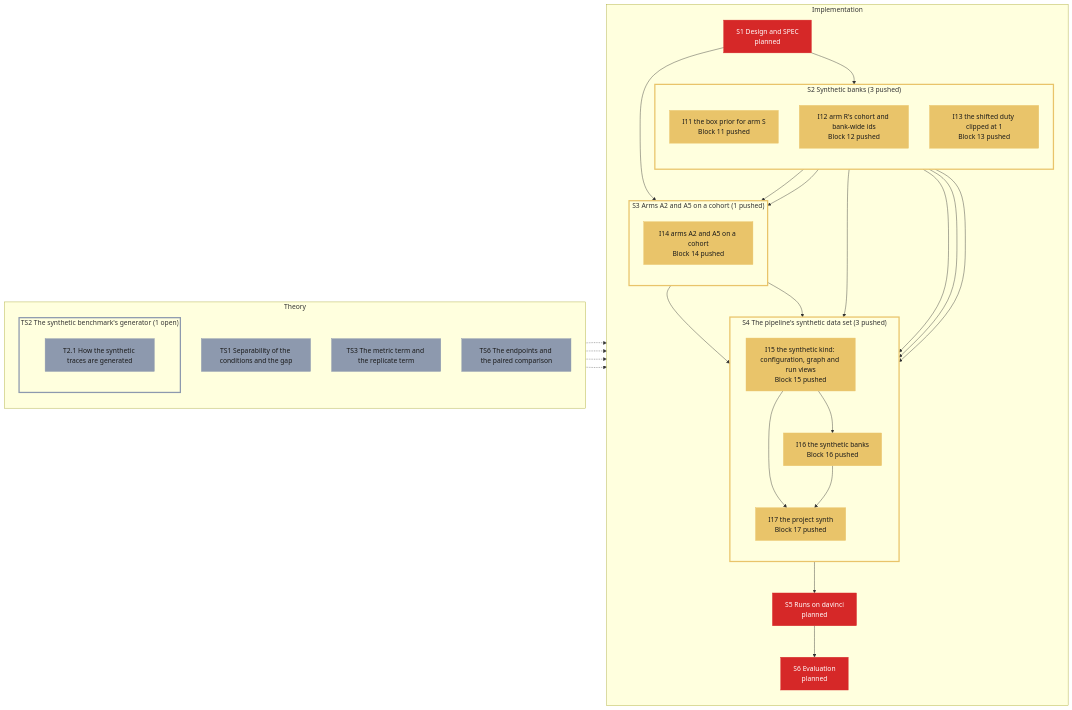
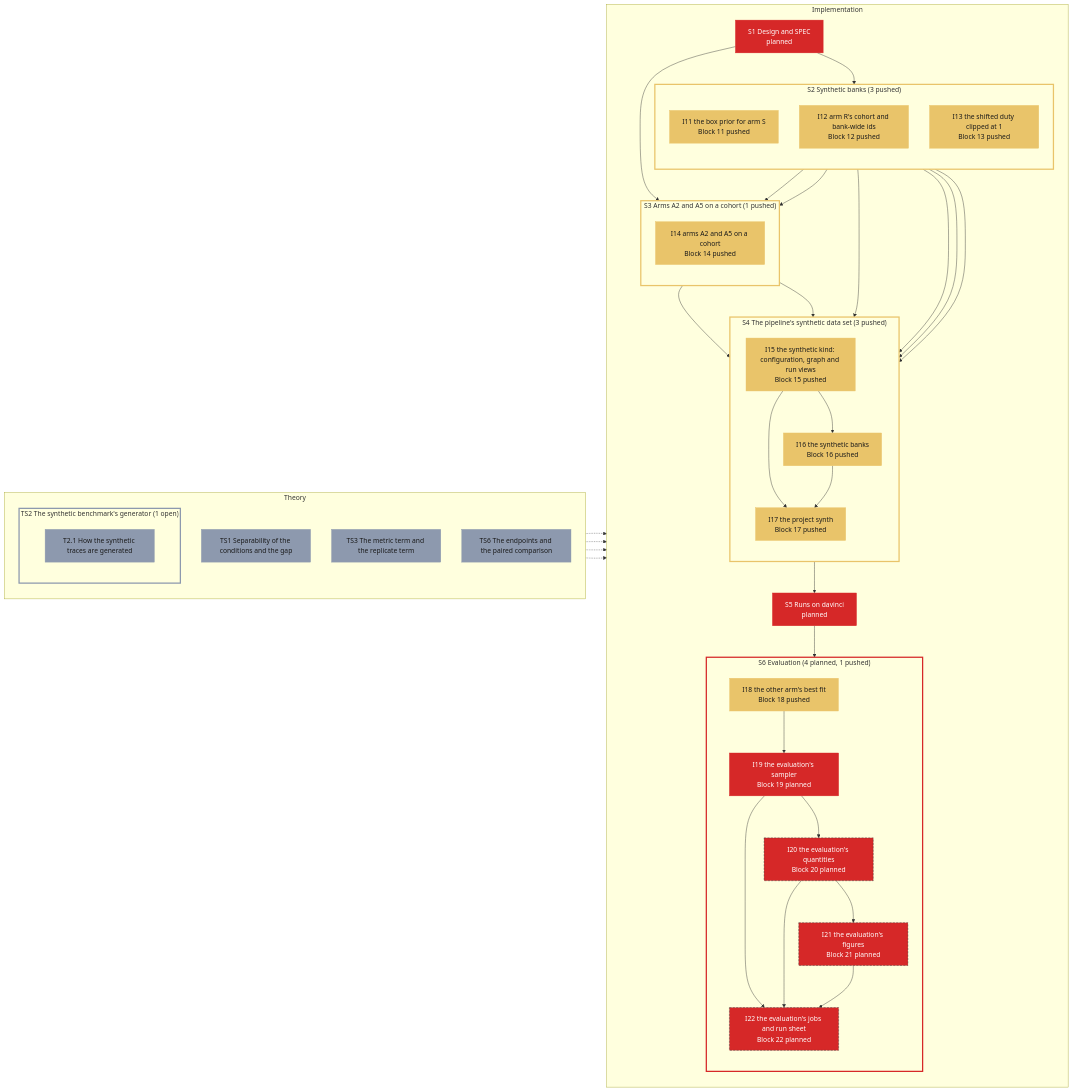
The diagram in specs/roadmap/synth.md (Leonardodm00/Simulation-Based-Inference), drawn with Mermaid before and after one commit. The commit also changed other lines of this file and 1 other file, not shown here.

Commit message:
roadmap: synth blocks 18-22 under S6 (the evaluation, D-126)
I18 the other arm's best fit (built, pushed); I19-I22 the evaluation's
sampler, quantities, figures, jobs and run sheet (drafted in SPEC.md;
I19 and I22 need_hpc with their job scripts named).

Claude-Session: https://claude.ai/code/session_015FuK9zUnAx2bAGmAbFphw4

````diff
--- a/specs/roadmap/synth.md
+++ b/specs/roadmap/synth.md
@@ -46,13 +46,20 @@
             I17["I17 the project synth<br/>Block 17 pushed"]:::pushed
         end
         S5["S5 Runs on davinci<br/>planned"]:::planned
-        S6["S6 Evaluation<br/>planned"]:::planned
+        subgraph grp_S6["S6 Evaluation (4 planned, 1 pushed)"]
+            direction TB
+            I18["I18 the other arm's best fit<br/>Block 18 pushed"]:::pushed
+            I19["I19 the evaluation's sampler<br/>Block 19 planned"]:::planned
+            I20["I20 the evaluation's quantities<br/>Block 20 planned"]:::planned
+            I21["I21 the evaluation's figures<br/>Block 21 planned"]:::planned
+            I22["I22 the evaluation's jobs and run sheet<br/>Block 22 planned"]:::planned
+        end
         S1 --> grp_S2
         S1 --> grp_S3
         grp_S2 --> grp_S4
         grp_S3 --> grp_S4
         grp_S4 --> S5
-        S5 --> S6
+        S5 --> grp_S6
         I11 --> I14
         I12 --> I14
         I11 --> I16
@@ -62,13 +69,21 @@
         I14 --> I17
         I15 --> I17
         I16 --> I17
+        I18 --> I19
+        I19 --> I20
+        I20 --> I21
+        I19 --> I22
+        I20 --> I22
+        I21 --> I22
     end
     TS1 -.-> S1
     grp_TS2 -.-> grp_S2
     TS3 -.-> grp_S3
-    TS6 -.-> S6
+    TS6 -.-> grp_S6
+    class I20,I21,I22 blocked
     style grp_TS2 stroke:#8d99ae,stroke-width:3px
     style grp_S2 stroke:#e9c46a,stroke-width:3px
     style grp_S3 stroke:#e9c46a,stroke-width:3px
     style grp_S4 stroke:#e9c46a,stroke-width:3px
+    style grp_S6 stroke:#d62828,stroke-width:3px
 ```
````
